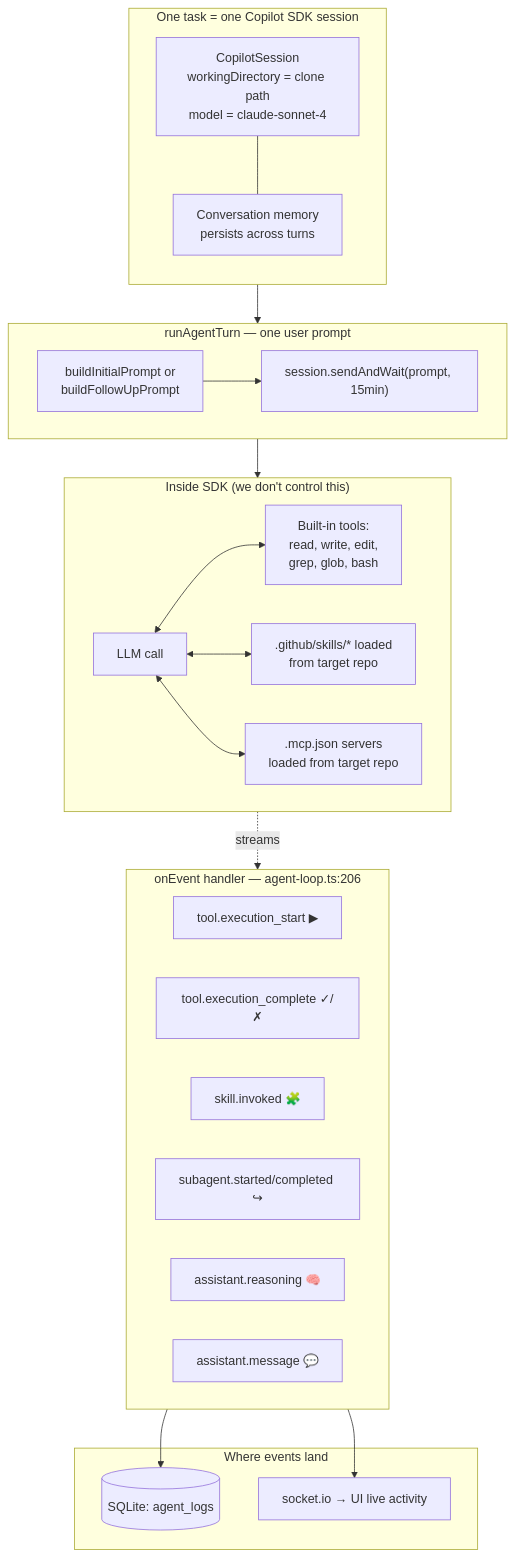
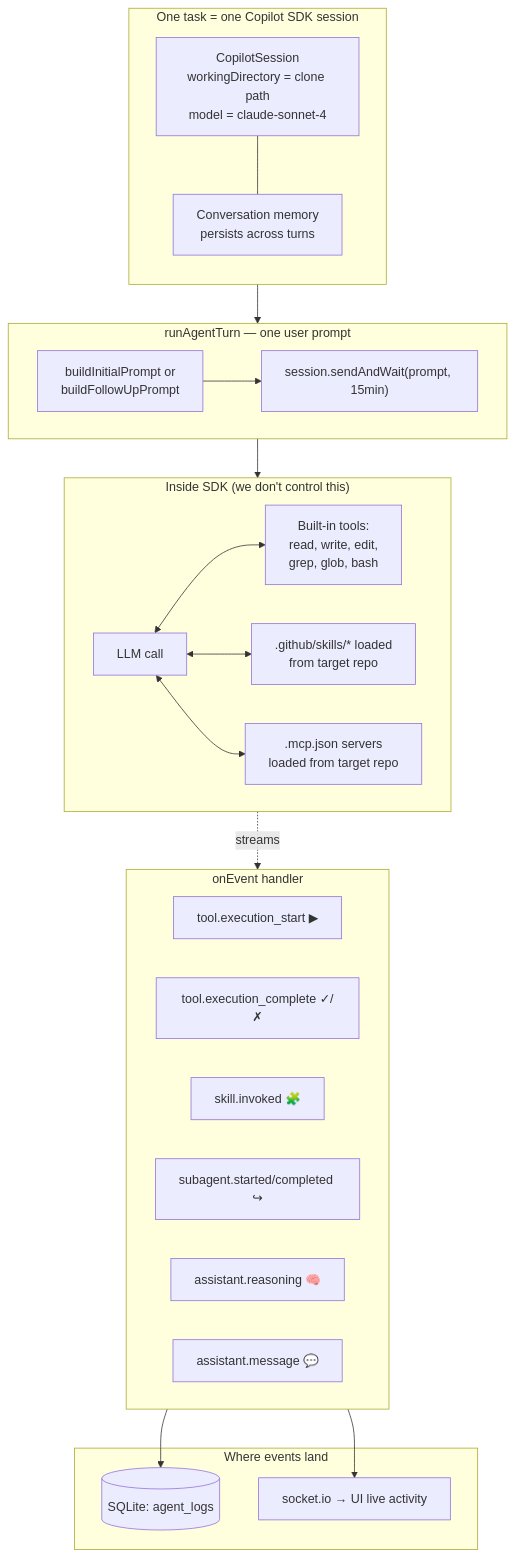
Before and after one commit to crgarcia12/Liliput: the second of 3 diagrams in README.md, drawn with Mermaid. The commit also changed other lines of this file and 6 other files, not shown here.

````diff
--- a/README.md
+++ b/README.md
@@ -62,45 +87,45 @@
 ```mermaid
 graph TB
     subgraph TASK["One task = one Copilot SDK session"]
         direction TB
         SESS[CopilotSession<br/>workingDirectory = clone path<br/>model = claude-sonnet-4]
         MEM[Conversation memory<br/>persists across turns]
         SESS --- MEM
     end
 
     subgraph TURN["runAgentTurn — one user prompt"]
         P[buildInitialPrompt or<br/>buildFollowUpPrompt]
         SAW["session.sendAndWait(prompt, 15min)"]
         P --> SAW
     end
 
     subgraph SDKLOOP["Inside SDK (we don't control this)"]
         LLM[LLM call]
         TOOLS["Built-in tools:<br/>read, write, edit,<br/>grep, glob, bash"]
         SKILLS[".github/skills/* loaded<br/>from target repo"]
         MCP[".mcp.json servers<br/>loaded from target repo"]
         LLM <--> TOOLS
         LLM <--> SKILLS
         LLM <--> MCP
     end
 
-    subgraph EVENTS["onEvent handler — agent-loop.ts:206"]
+    subgraph EVENTS["onEvent handler"]
         E1[tool.execution_start ▶]
         E2[tool.execution_complete ✓/✗]
         E3[skill.invoked 🧩]
         E4[subagent.started/completed ↪]
         E5[assistant.reasoning 🧠]
         E6[assistant.message 💬]
     end
 
     subgraph SINKS["Where events land"]
         LOGS[(SQLite: agent_logs)]
         WS[socket.io → UI live activity]
     end
 
     TASK --> TURN
     TURN --> SDKLOOP
     SDKLOOP -. streams .-> EVENTS
     EVENTS --> LOGS
     EVENTS --> WS
 ```
````
